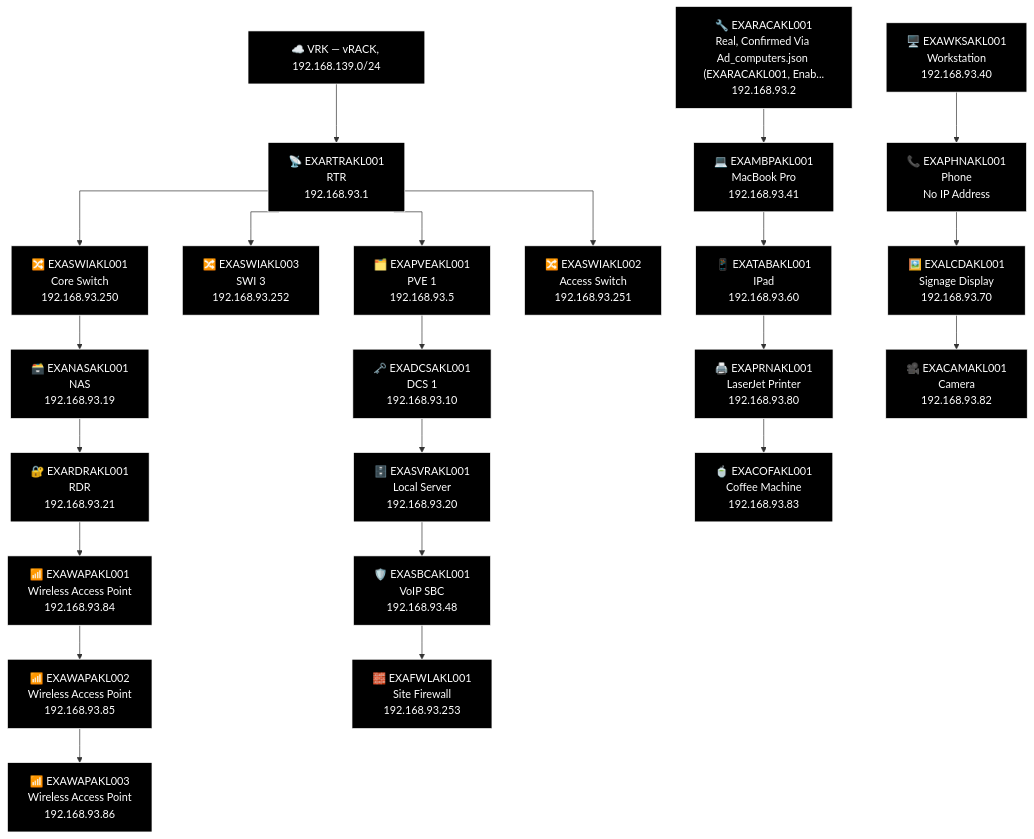
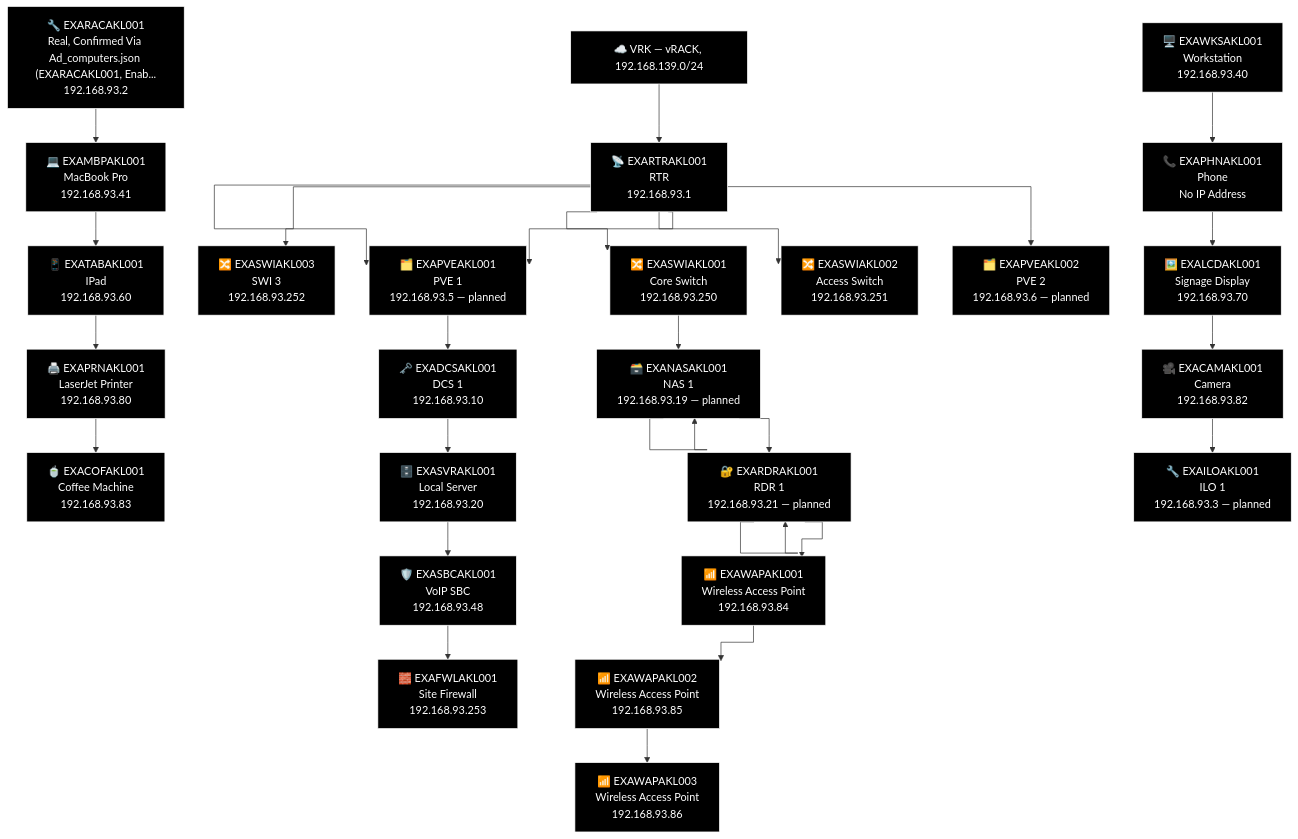
Before and after one commit to knightmare2600/example_music_infra: the third of 3 diagrams in docs/network-diagram/new-zealand.md, drawn with Mermaid. The commit also changed 12 other files, not shown here.

````diff
--- a/docs/network-diagram/new-zealand.md
+++ b/docs/network-diagram/new-zealand.md
@@ -131,63 +131,75 @@
 ```mermaid
 %% GENERATED:TOPOLOGY:AKL:START
 %%{init: {'flowchart': {'curve': 'stepAfter'}}}%%
 graph TD
     T_VRK["☁️ VRK — vRACK, 192.168.139.0/24"]
     T_RTR["📡 EXARTRAKL001<br/>RTR<br/>192.168.93.1"]
     T_VRK --> T_RTR
     T_PVE["🗂️ EXAPVEAKL001<br/>PVE 1<br/>192.168.93.5"]
     T_RTR --> T_PVE
     T_SWI["🔀 EXASWIAKL003<br/>SWI 3<br/>192.168.93.252"]
     T_RTR --> T_SWI
     T_SWI2["🔀 EXASWIAKL001<br/>Core Switch<br/>192.168.93.250"]
     T_RTR --> T_SWI2
     T_SWI3["🔀 EXASWIAKL002<br/>Access Switch<br/>192.168.93.251"]
     T_RTR --> T_SWI3
+    T_PVE["🗂️ EXAPVEAKL001<br/>PVE 1<br/>192.168.93.5 — planned"]
+    T_RTR --> T_PVE
+    T_PVE2["🗂️ EXAPVEAKL002<br/>PVE 2<br/>192.168.93.6 — planned"]
+    T_RTR --> T_PVE2
     T_NAS["🗃️ EXANASAKL001<br/>NAS<br/>192.168.93.19"]
+    T_NAS["🗃️ EXANASAKL001<br/>NAS 1<br/>192.168.93.19 — planned"]
     T_RDR["🔐 EXARDRAKL001<br/>RDR<br/>192.168.93.21"]
+    T_RDR["🔐 EXARDRAKL001<br/>RDR 1<br/>192.168.93.21 — planned"]
     T_WAP["📶 EXAWAPAKL001<br/>Wireless Access Point<br/>192.168.93.84"]
     T_WAP2["📶 EXAWAPAKL002<br/>Wireless Access Point<br/>192.168.93.85"]
     T_WAP3["📶 EXAWAPAKL003<br/>Wireless Access Point<br/>192.168.93.86"]
-    T_SWI2 --> T_NAS --> T_RDR --> T_WAP --> T_WAP2 --> T_WAP3
+    T_SWI2 --> T_NAS --> T_NAS --> T_RDR --> T_RDR --> T_WAP --> T_WAP2 --> T_WAP3
     T_DCS["🗝️ EXADCSAKL001<br/>DCS 1<br/>192.168.93.10"]
     T_SVR["🗄️ EXASVRAKL001<br/>Local Server<br/>192.168.93.20"]
     T_SBC["🛡️ EXASBCAKL001<br/>VoIP SBC<br/>192.168.93.48"]
     T_FWL["🧱 EXAFWLAKL001<br/>Site Firewall<br/>192.168.93.253"]
     T_PVE --> T_DCS --> T_SVR --> T_SBC --> T_FWL
     T_RAC["🔧 EXARACAKL001<br/>Real, Confirmed Via Ad_computers.json (EXARACAKL001, Enab...<br/>192.168.93.2"]
     T_WKS["🖥️ EXAWKSAKL001<br/>Workstation<br/>192.168.93.40"]
     T_MBP["💻 EXAMBPAKL001<br/>MacBook Pro<br/>192.168.93.41"]
     T_PHN["📞 EXAPHNAKL001<br/>Phone<br/>No IP Address"]
     T_TAB["📱 EXATABAKL001<br/>IPad<br/>192.168.93.60"]
     T_LCD["🖼️ EXALCDAKL001<br/>Signage Display<br/>192.168.93.70"]
     T_PRN["🖨️ EXAPRNAKL001<br/>LaserJet Printer<br/>192.168.93.80"]
     T_CAM["🎥 EXACAMAKL001<br/>Camera<br/>192.168.93.82"]
     T_COF["🍵 EXACOFAKL001<br/>Coffee Machine<br/>192.168.93.83"]
+    T_ILO["🔧 EXAILOAKL001<br/>ILO 1<br/>192.168.93.3 — planned"]
     T_RAC --> T_MBP --> T_TAB --> T_PRN --> T_COF
-    T_WKS --> T_PHN --> T_LCD --> T_CAM
+    T_WKS --> T_PHN --> T_LCD --> T_CAM --> T_ILO
     style T_VRK fill:#000000,stroke:#FFFFFF,color:#FFFFFF
     style T_RTR fill:#000000,stroke:#FFFFFF,color:#FFFFFF
     style T_PVE fill:#000000,stroke:#FFFFFF,color:#FFFFFF
     style T_SWI fill:#000000,stroke:#FFFFFF,color:#FFFFFF
     style T_SWI2 fill:#000000,stroke:#FFFFFF,color:#FFFFFF
     style T_SWI3 fill:#000000,stroke:#FFFFFF,color:#FFFFFF
+    style T_PVE fill:#000000,stroke:#FFFFFF,color:#FFFFFF
+    style T_PVE2 fill:#000000,stroke:#FFFFFF,color:#FFFFFF
     style T_NAS fill:#000000,stroke:#FFFFFF,color:#FFFFFF
+    style T_NAS fill:#000000,stroke:#FFFFFF,color:#FFFFFF
+    style T_RDR fill:#000000,stroke:#FFFFFF,color:#FFFFFF
     style T_RDR fill:#000000,stroke:#FFFFFF,color:#FFFFFF
     style T_WAP fill:#000000,stroke:#FFFFFF,color:#FFFFFF
     style T_WAP2 fill:#000000,stroke:#FFFFFF,color:#FFFFFF
     style T_WAP3 fill:#000000,stroke:#FFFFFF,color:#FFFFFF
     style T_DCS fill:#000000,stroke:#FFFFFF,color:#FFFFFF
     style T_SVR fill:#000000,stroke:#FFFFFF,color:#FFFFFF
     style T_SBC fill:#000000,stroke:#FFFFFF,color:#FFFFFF
     style T_FWL fill:#000000,stroke:#FFFFFF,color:#FFFFFF
     style T_RAC fill:#000000,stroke:#FFFFFF,color:#FFFFFF
     style T_WKS fill:#000000,stroke:#FFFFFF,color:#FFFFFF
     style T_MBP fill:#000000,stroke:#FFFFFF,color:#FFFFFF
     style T_PHN fill:#000000,stroke:#FFFFFF,color:#FFFFFF
     style T_TAB fill:#000000,stroke:#FFFFFF,color:#FFFFFF
     style T_LCD fill:#000000,stroke:#FFFFFF,color:#FFFFFF
     style T_PRN fill:#000000,stroke:#FFFFFF,color:#FFFFFF
     style T_CAM fill:#000000,stroke:#FFFFFF,color:#FFFFFF
     style T_COF fill:#000000,stroke:#FFFFFF,color:#FFFFFF
+    style T_ILO fill:#000000,stroke:#FFFFFF,color:#FFFFFF
 %% GENERATED:TOPOLOGY:AKL:END
 ```
````
